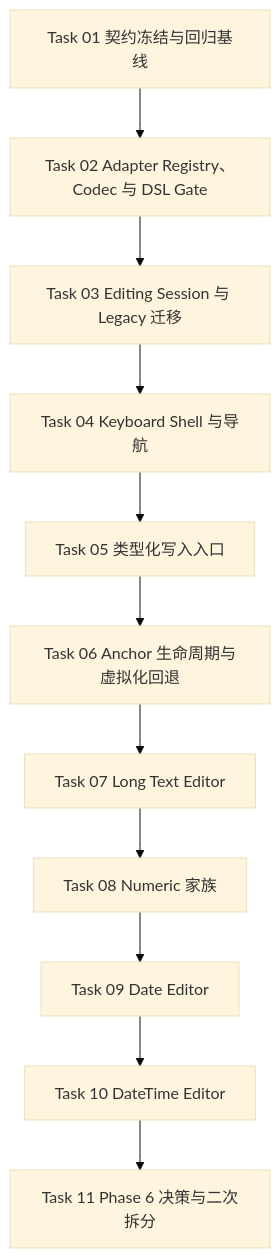
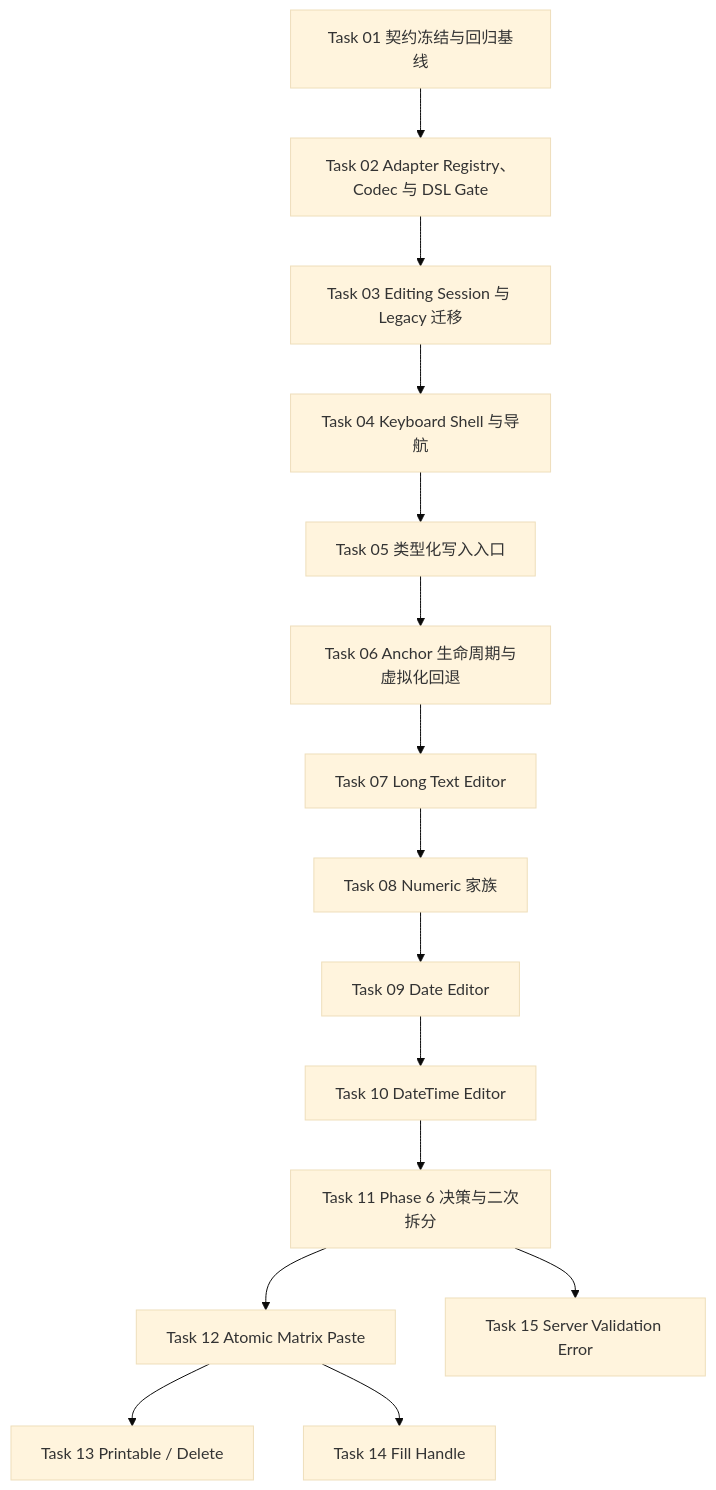
The diagram in docs/plans/2026-07-30-data-table-typed-cell-editors/spec/index.md (125002850/tanstack-start-admin), drawn with Mermaid (base theme) before and after one commit. The commit also changed other lines of this file and 70 other files, not shown here.

````diff
--- a/docs/plans/2026-07-30-data-table-typed-cell-editors/spec/index.md
+++ b/docs/plans/2026-07-30-data-table-typed-cell-editors/spec/index.md
@@ -20,13 +20,17 @@
 ```mermaid
 graph TD
   T01[Task 01 契约冻结与回归基线] --> T02[Task 02 Adapter Registry、Codec 与 DSL Gate]
   T02 --> T03[Task 03 Editing Session 与 Legacy 迁移]
   T03 --> T04[Task 04 Keyboard Shell 与导航]
   T04 --> T05[Task 05 类型化写入入口]
   T05 --> T06[Task 06 Anchor 生命周期与虚拟化回退]
   T06 --> T07[Task 07 Long Text Editor]
   T07 --> T08[Task 08 Numeric 家族]
   T08 --> T09[Task 09 Date Editor]
   T09 --> T10[Task 10 DateTime Editor]
   T10 --> T11[Task 11 Phase 6 决策与二次拆分]
+  T11 --> T12[Task 12 Atomic Matrix Paste]
+  T12 --> T13[Task 13 Printable / Delete]
+  T12 --> T14[Task 14 Fill Handle]
+  T11 --> T15[Task 15 Server Validation Error]
 ```
````
